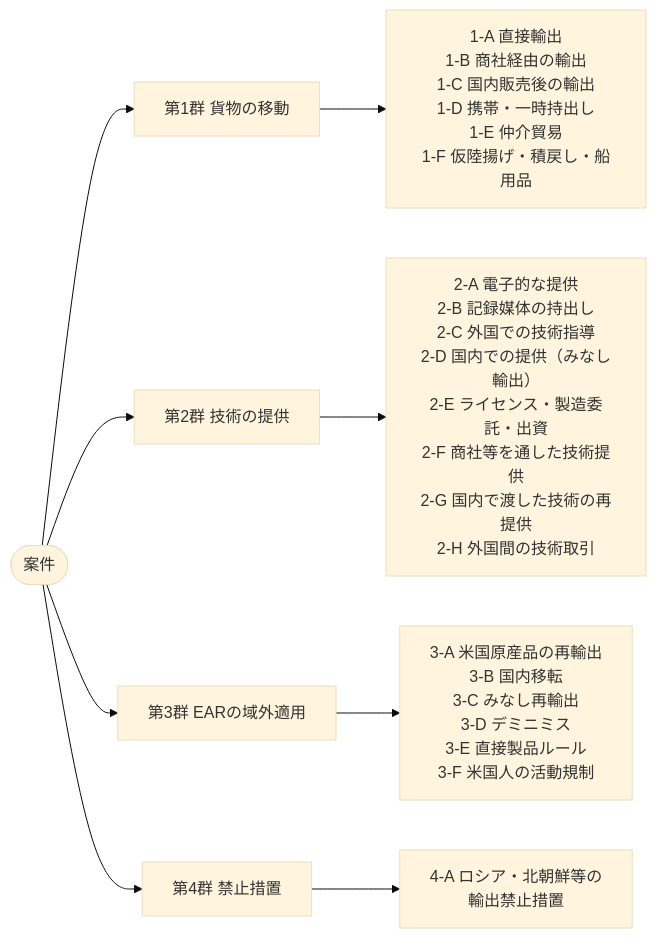
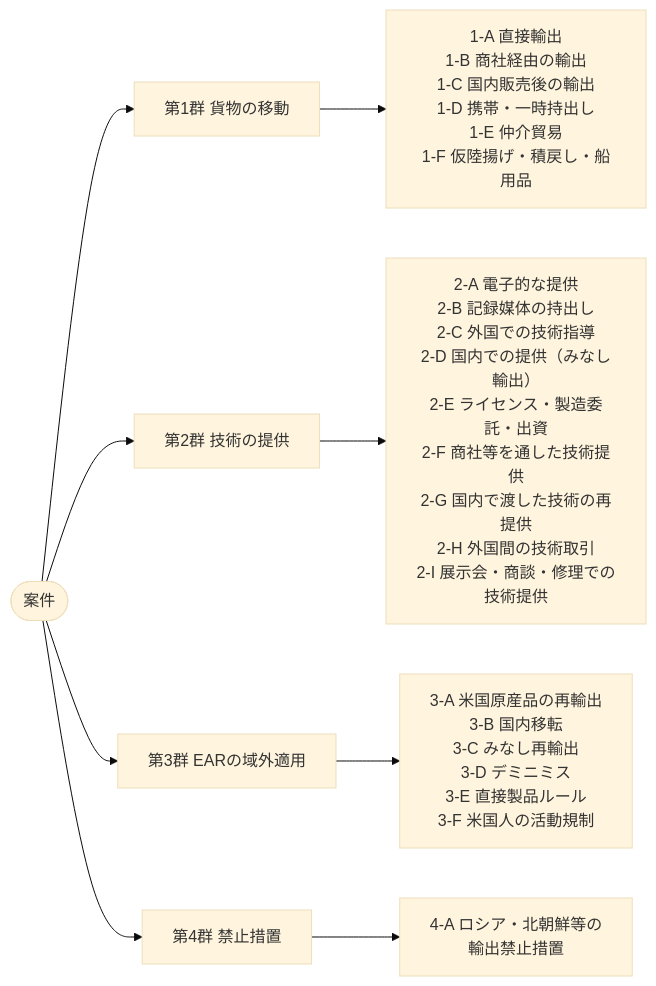
One commit to bamboo-go/export-control-hub changed the first of 2 diagrams in content/ja/docs/01-overview/export-patterns/index.md. Above: the diagram before and after it, drawn with Mermaid (base theme). The commit also changed other lines of this file, not shown here.

````diff
--- a/content/ja/docs/01-overview/export-patterns/index.md
+++ b/content/ja/docs/01-overview/export-patterns/index.md
@@ -16,11 +16,11 @@
 ```mermaid
 flowchart LR
   R(["案件"]) --> G1["第1群 貨物の移動"]
   R --> G2["第2群 技術の提供"]
   R --> G3["第3群 EARの域外適用"]
   R --> G4["第4群 禁止措置"]
   G1 --> A1["1-A 直接輸出<br/>1-B 商社経由の輸出<br/>1-C 国内販売後の輸出<br/>1-D 携帯・一時持出し<br/>1-E 仲介貿易<br/>1-F 仮陸揚げ・積戻し・船用品"]
-  G2 --> A2["2-A 電子的な提供<br/>2-B 記録媒体の持出し<br/>2-C 外国での技術指導<br/>2-D 国内での提供（みなし輸出）<br/>2-E ライセンス・製造委託・出資<br/>2-F 商社等を通した技術提供<br/>2-G 国内で渡した技術の再提供<br/>2-H 外国間の技術取引"]
+  G2 --> A2["2-A 電子的な提供<br/>2-B 記録媒体の持出し<br/>2-C 外国での技術指導<br/>2-D 国内での提供（みなし輸出）<br/>2-E ライセンス・製造委託・出資<br/>2-F 商社等を通した技術提供<br/>2-G 国内で渡した技術の再提供<br/>2-H 外国間の技術取引<br/>2-I 展示会・商談・修理での技術提供"]
   G3 --> A3["3-A 米国原産品の再輸出<br/>3-B 国内移転<br/>3-C みなし再輸出<br/>3-D デミニミス<br/>3-E 直接製品ルール<br/>3-F 米国人の活動規制"]
   G4 --> A4["4-A ロシア・北朝鮮等の<br/>輸出禁止措置"]
 ```
````
